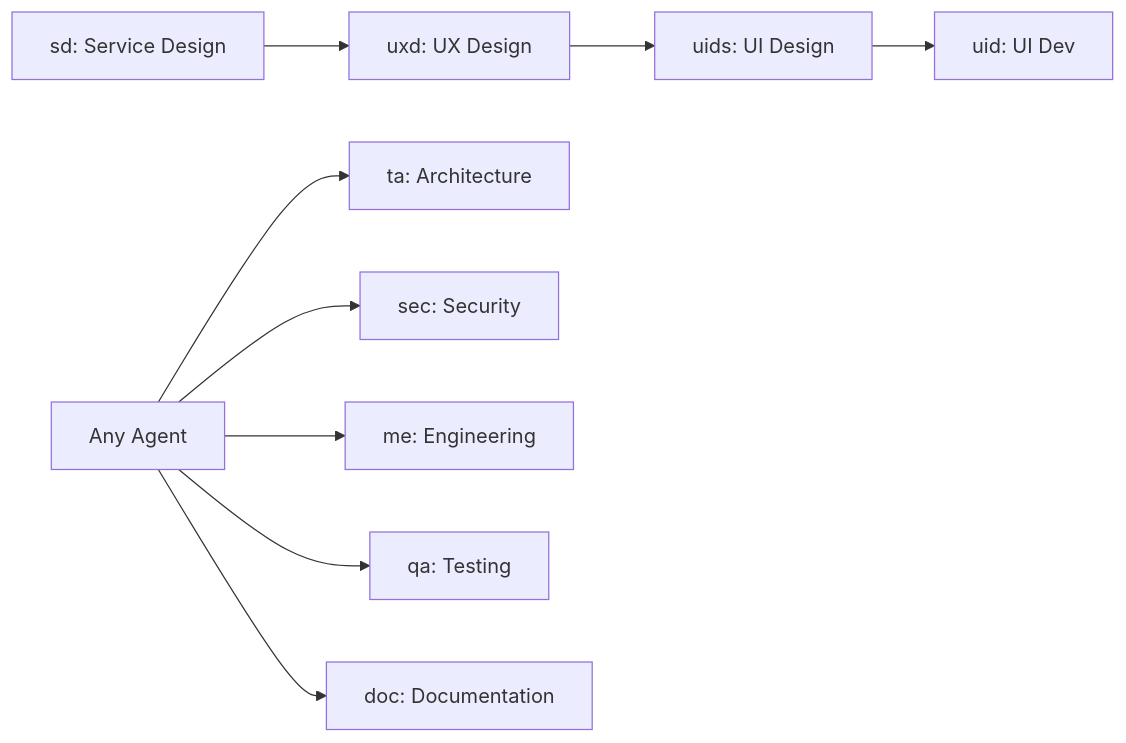
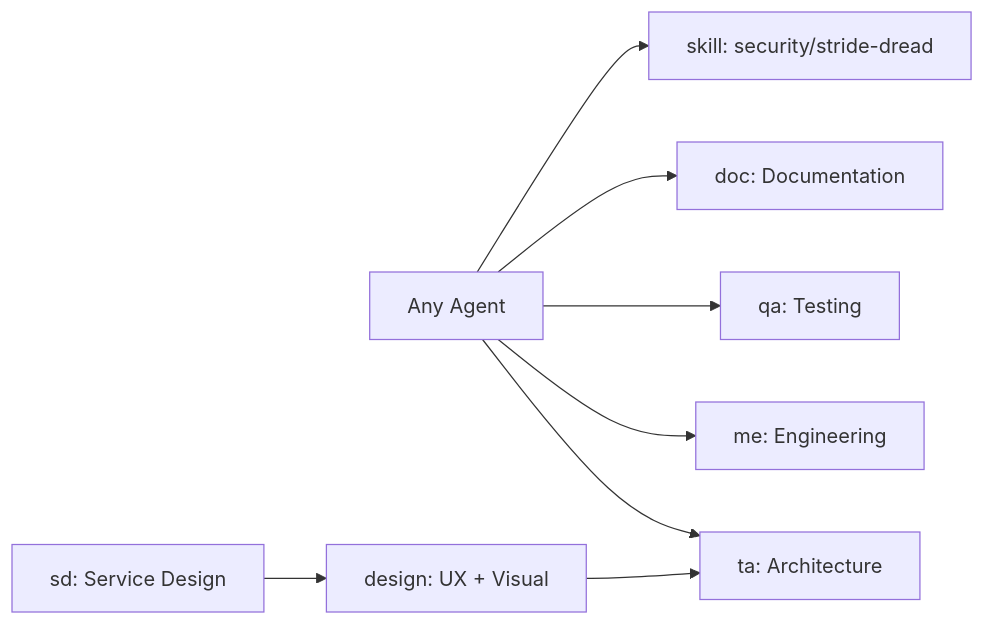
Before and after one commit to Everyone-Needs-A-Copilot/claude-copilot: the third of 3 diagrams in docs/01-getting-started/02-learning-roadmap.md, drawn with Mermaid. The commit also changed other lines of this file and 17 other files, not shown here.

````diff
--- a/docs/01-getting-started/02-learning-roadmap.md
+++ b/docs/01-getting-started/02-learning-roadmap.md
@@ -419,11 +415,10 @@
 ```mermaid
 graph LR
     A[Any Agent] --> B[ta: Architecture]
-    A --> C[sec: Security]
-    D[sd: Service Design] --> E[uxd: UX Design]
-    E --> F[uids: UI Design]
-    F --> G[uid: UI Dev]
+    D[sd: Service Design] --> E[design: UX + Visual]
+    E --> B
     A --> H[me: Engineering]
     A --> I[qa: Testing]
     A --> J[doc: Documentation]
+    A --> K[skill: security/stride-dread]
 ```
````
